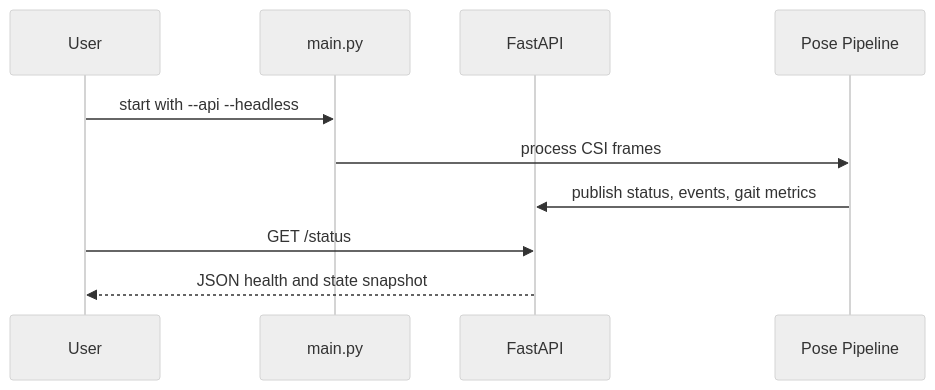
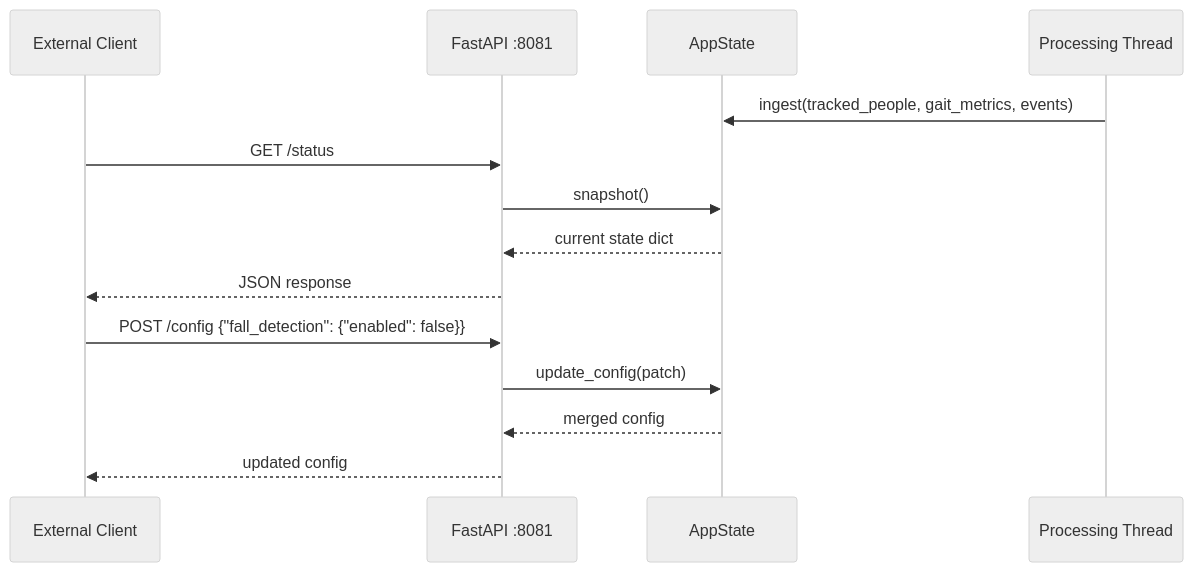
Before and after one commit to hkevin01/wifi-radar: the sixth of 7 diagrams in README.md, drawn with Mermaid (neutral theme). The commit also changed other lines of this file, not shown here.

Commit message:
Implement feature X to enhance user experience and optimize performance

````diff
--- a/README.md
+++ b/README.md
@@ -436,12 +717,18 @@
 ```mermaid
 sequenceDiagram
-    participant User
-    participant App as main.py
-    participant API as FastAPI
-    participant Pipeline as Pose Pipeline
-    User->>App: start with --api --headless
-    App->>Pipeline: process CSI frames
-    Pipeline->>API: publish status, events, gait metrics
-    User->>API: GET /status
-    API-->>User: JSON health and state snapshot
+    participant Client as External Client
+    participant API as FastAPI :8081
+    participant State as AppState
+    participant Pipeline as Processing Thread
+
+    Pipeline->>State: ingest(tracked_people, gait_metrics, events)
+    Client->>API: GET /status
+    API->>State: snapshot()
+    State-->>API: current state dict
+    API-->>Client: JSON response
+
+    Client->>API: POST /config {"fall_detection": {"enabled": false}}
+    API->>State: update_config(patch)
+    State-->>API: merged config
+    API-->>Client: updated config
 ```
````
